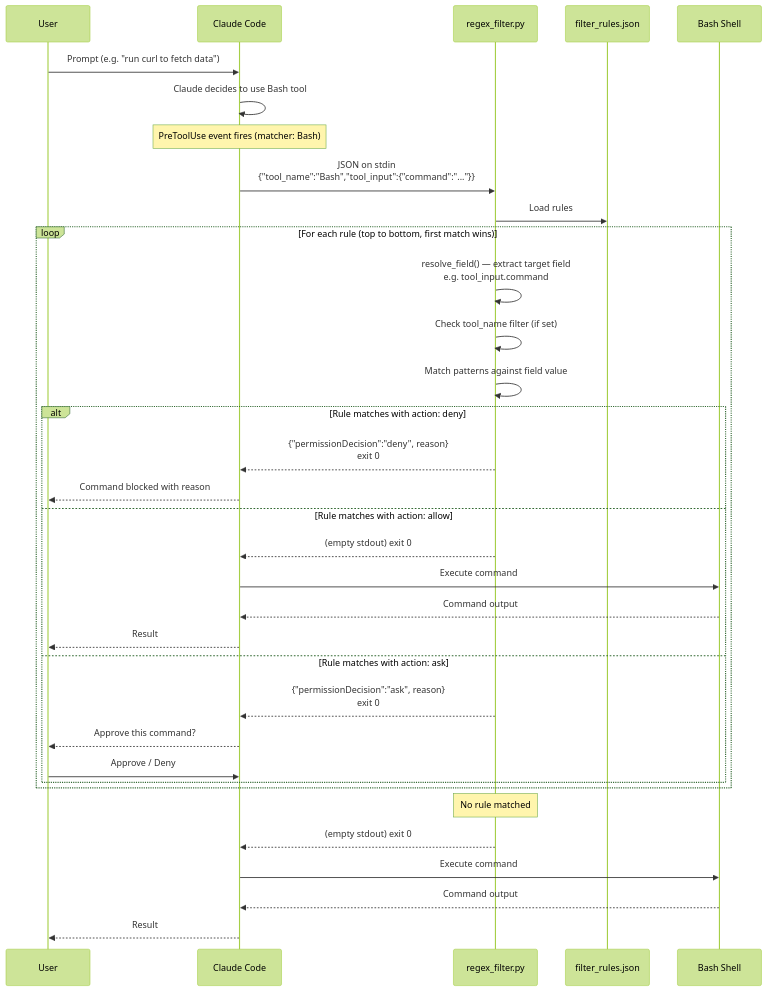
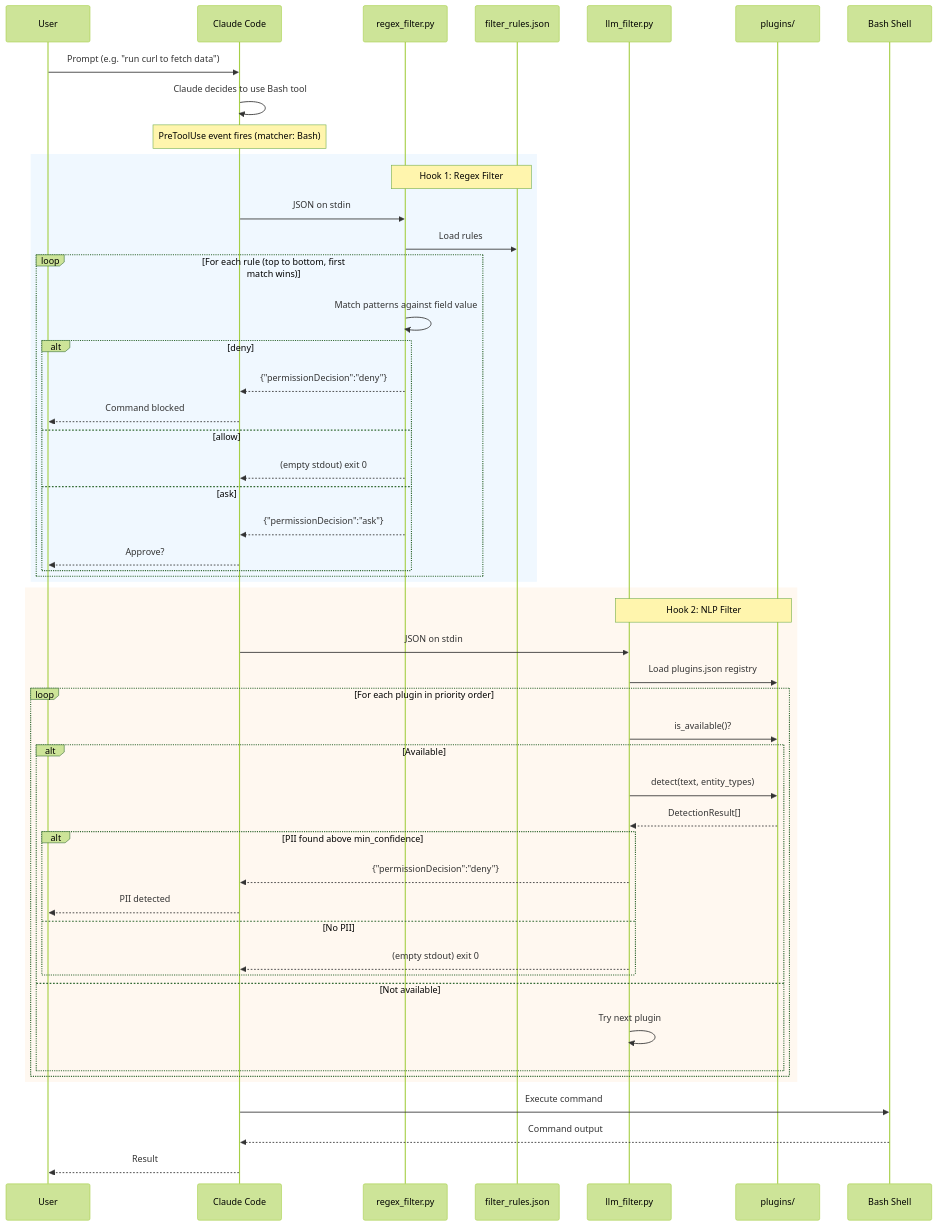
The first of 3 diagrams in docs/sequence-diagram.md (pipopoplin/hook-hole), drawn with Mermaid (forest theme) before and after one commit. The commit also changed other lines of this file and 11 other files, not shown here.

First line of the commit message:
Add detailed `README.md` and improve PII detection configuration

````diff
--- a/docs/sequence-diagram.md
+++ b/docs/sequence-diagram.md
@@ -5,42 +5,60 @@
 ```mermaid
 sequenceDiagram
     participant User
     participant ClaudeCode as Claude Code
-    participant Filter as regex_filter.py
-    participant Config as filter_rules.json
+    participant Regex as regex_filter.py
+    participant Rules as filter_rules.json
+    participant NLP as llm_filter.py
+    participant Plugins as plugins/
     participant Shell as Bash Shell
 
     User->>ClaudeCode: Prompt (e.g. "run curl to fetch data")
     ClaudeCode->>ClaudeCode: Claude decides to use Bash tool
 
     Note over ClaudeCode: PreToolUse event fires (matcher: Bash)
 
-    ClaudeCode->>Filter: JSON on stdin<br/>{"tool_name":"Bash","tool_input":{"command":"..."}}
-    Filter->>Config: Load rules
+    rect rgb(240, 248, 255)
+        Note over Regex,Rules: Hook 1: Regex Filter
+        ClaudeCode->>Regex: JSON on stdin
+        Regex->>Rules: Load rules
 
-    loop For each rule (top to bottom, first match wins)
-        Filter->>Filter: resolve_field() — extract target field<br/>e.g. tool_input.command
-        Filter->>Filter: Check tool_name filter (if set)
-        Filter->>Filter: Match patterns against field value
-
-        alt Rule matches with action: deny
-            Filter-->>ClaudeCode: {"permissionDecision":"deny", reason}<br/>exit 0
-            ClaudeCode-->>User: Command blocked with reason
-        else Rule matches with action: allow
-            Filter-->>ClaudeCode: (empty stdout) exit 0
-            ClaudeCode->>Shell: Execute command
-            Shell-->>ClaudeCode: Command output
-            ClaudeCode-->>User: Result
-        else Rule matches with action: ask
-            Filter-->>ClaudeCode: {"permissionDecision":"ask", reason}<br/>exit 0
-            ClaudeCode-->>User: Approve this command?
-            User->>ClaudeCode: Approve / Deny
+        loop For each rule (top to bottom, first match wins)
+            Regex->>Regex: Match patterns against field value
+            alt deny
+                Regex-->>ClaudeCode: {"permissionDecision":"deny"}
+                ClaudeCode-->>User: Command blocked
+            else allow
+                Regex-->>ClaudeCode: (empty stdout) exit 0
+            else ask
+                Regex-->>ClaudeCode: {"permissionDecision":"ask"}
+                ClaudeCode-->>User: Approve?
+            end
         end
     end
 
-    Note over Filter: No rule matched
-    Filter-->>ClaudeCode: (empty stdout) exit 0
+    rect rgb(255, 248, 240)
+        Note over NLP,Plugins: Hook 2: NLP Filter
+        ClaudeCode->>NLP: JSON on stdin
+        NLP->>Plugins: Load plugins.json registry
+
+        loop For each plugin in priority order
+            NLP->>Plugins: is_available()?
+            alt Available
+                NLP->>Plugins: detect(text, entity_types)
+                Plugins-->>NLP: DetectionResult[]
+                alt PII found above min_confidence
+                    NLP-->>ClaudeCode: {"permissionDecision":"deny"}
+                    ClaudeCode-->>User: PII detected
+                else No PII
+                    NLP-->>ClaudeCode: (empty stdout) exit 0
+                end
+            else Not available
+                NLP->>NLP: Try next plugin
+            end
+        end
+    end
+
     ClaudeCode->>Shell: Execute command
     Shell-->>ClaudeCode: Command output
     ClaudeCode-->>User: Result
 ```
````
